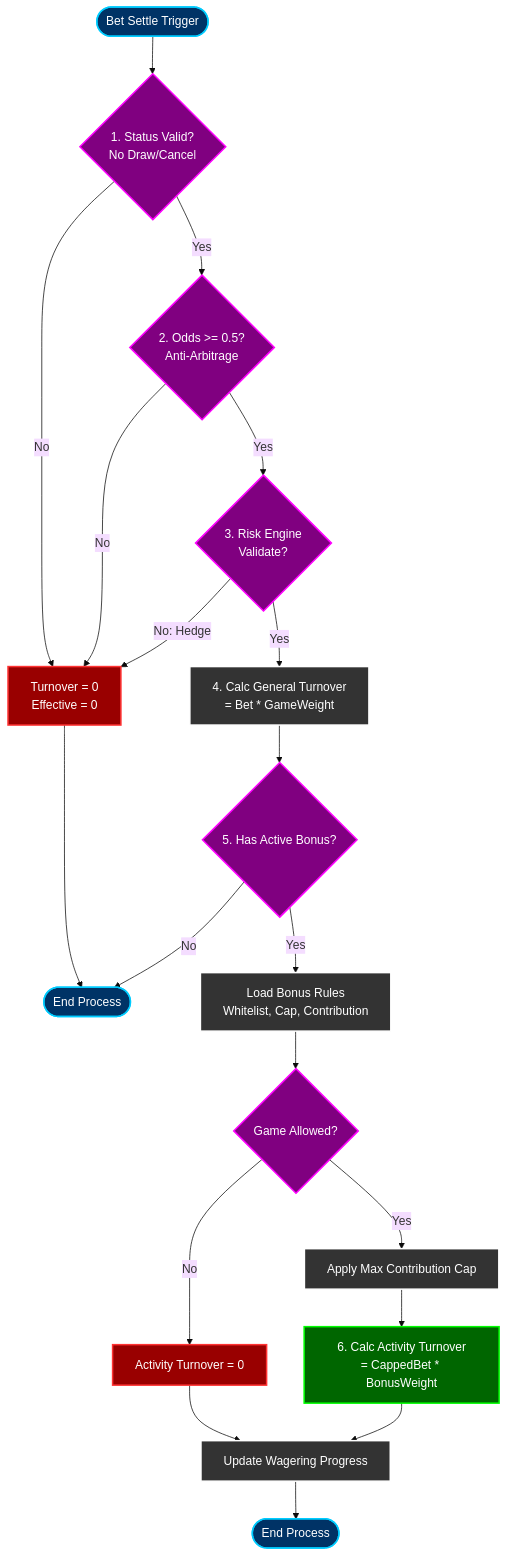
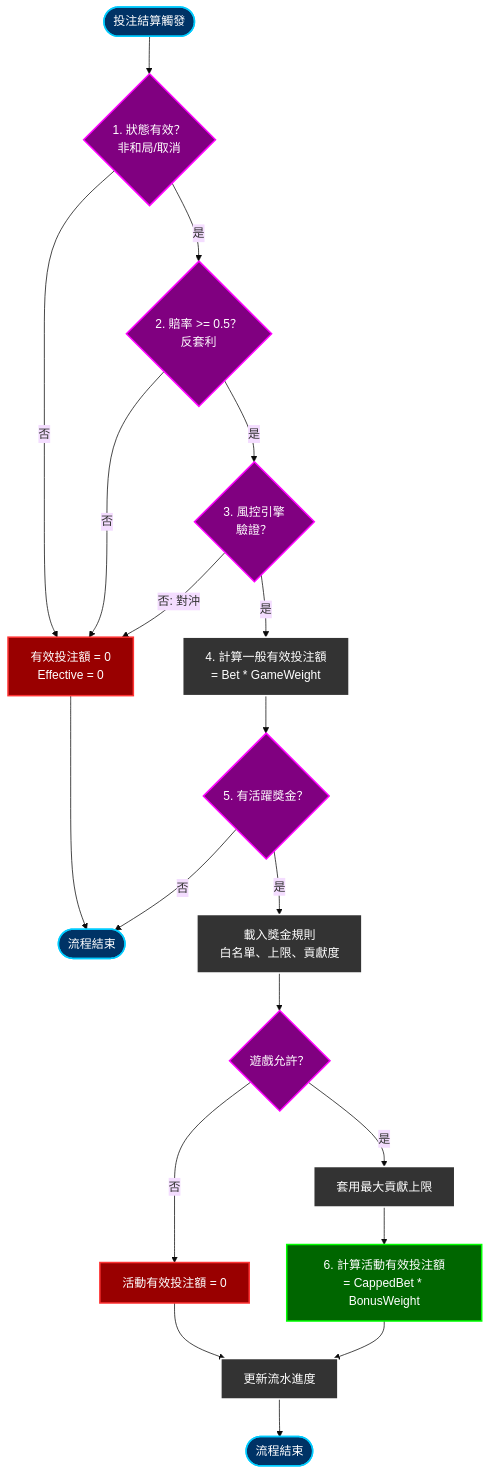
The second of 2 diagrams in docs/iGaming/architecture/02_Finance_Service/Turnover_Calculation_Architecture.md (ron03wlb/smart-admin), drawn with Mermaid (base theme) before and after one commit. The commit also changed other lines of this file and 4 other files, not shown here.

````diff
--- a/docs/iGaming/architecture/02_Finance_Service/Turnover_Calculation_Architecture.md
+++ b/docs/iGaming/architecture/02_Finance_Service/Turnover_Calculation_Architecture.md
@@ -506,27 +506,27 @@
 ```mermaid
 flowchart TD
     classDef startend fill:#003366,stroke:#00ccff,stroke-width:2px,color:#fff;
     classDef process fill:#333333,stroke:#fff,stroke-width:2px,color:#fff;
     classDef decision fill:#800080,stroke:#ff00ff,stroke-width:2px,color:#fff;
     classDef fail fill:#990000,stroke:#ff3333,stroke-width:2px,color:#fff;
     classDef success fill:#006600,stroke:#00ff00,stroke-width:2px,color:#fff;
 
-    Bet([Bet Settle Trigger]):::startend --> CheckStatus{1. Status Valid?<br/>No Draw/Cancel}:::decision
-    CheckStatus -- No --> Invalid[Turnover = 0<br/>Effective = 0]:::fail
-    CheckStatus -- Yes --> CheckOdds{2. Odds >= 0.5?<br/>Anti-Arbitrage}:::decision
-    CheckOdds -- No --> Invalid
-    CheckOdds -- Yes --> RiskCheck{3. Risk Engine<br/>Validate?}:::decision
-    RiskCheck -- No: Hedge --> Invalid
-    RiskCheck -- Yes --> GeneralCalc[4. Calc General Turnover<br/>= Bet * GameWeight]:::process
-    GeneralCalc --> HasBonus{5. Has Active Bonus?}:::decision
-    HasBonus -- No --> EndNormal([End Process]):::startend
-    HasBonus -- Yes --> BonusRule[Load Bonus Rules<br/>Whitelist, Cap, Contribution]:::process
-    BonusRule --> CheckWhite{Game Allowed?}:::decision
-    CheckWhite -- No --> BonusZero[Activity Turnover = 0]:::fail
-    CheckWhite -- Yes --> CalcCap[Apply Max Contribution Cap]:::process
-    CalcCap --> CalcBonusTO[6. Calc Activity Turnover<br/>= CappedBet * BonusWeight]:::success
-    BonusZero --> UpdateProgress[Update Wagering Progress]:::process
+    Bet([投注結算觸發]):::startend --> CheckStatus{1. 狀態有效？<br/>非和局/取消}:::decision
+    CheckStatus -- 否 --> Invalid[有效投注額 = 0<br/>Effective = 0]:::fail
+    CheckStatus -- 是 --> CheckOdds{2. 賠率 >= 0.5？<br/>反套利}:::decision
+    CheckOdds -- 否 --> Invalid
+    CheckOdds -- 是 --> RiskCheck{3. 風控引擎<br/>驗證？}:::decision
+    RiskCheck -- 否: 對沖 --> Invalid
+    RiskCheck -- 是 --> GeneralCalc[4. 計算一般有效投注額<br/>= Bet * GameWeight]:::process
+    GeneralCalc --> HasBonus{5. 有活躍獎金？}:::decision
+    HasBonus -- 否 --> EndNormal([流程結束]):::startend
+    HasBonus -- 是 --> BonusRule[載入獎金規則<br/>白名單、上限、貢獻度]:::process
+    BonusRule --> CheckWhite{遊戲允許？}:::decision
+    CheckWhite -- 否 --> BonusZero[活動有效投注額 = 0]:::fail
+    CheckWhite -- 是 --> CalcCap[套用最大貢獻上限]:::process
+    CalcCap --> CalcBonusTO[6. 計算活動有效投注額<br/>= CappedBet * BonusWeight]:::success
+    BonusZero --> UpdateProgress[更新流水進度]:::process
     CalcBonusTO --> UpdateProgress
-    UpdateProgress --> EndBonus([End Process]):::startend
+    UpdateProgress --> EndBonus([流程結束]):::startend
     Invalid --> EndNormal
 ```
````
